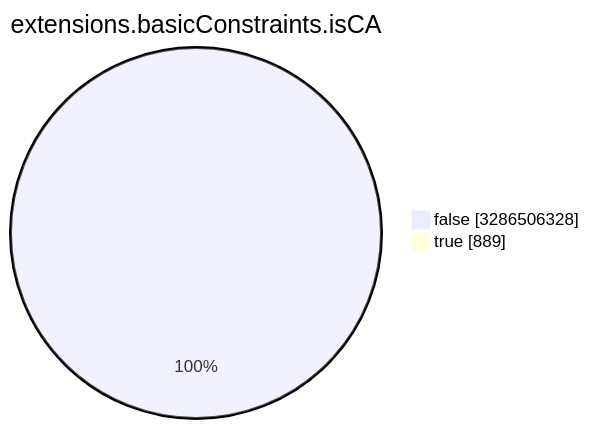
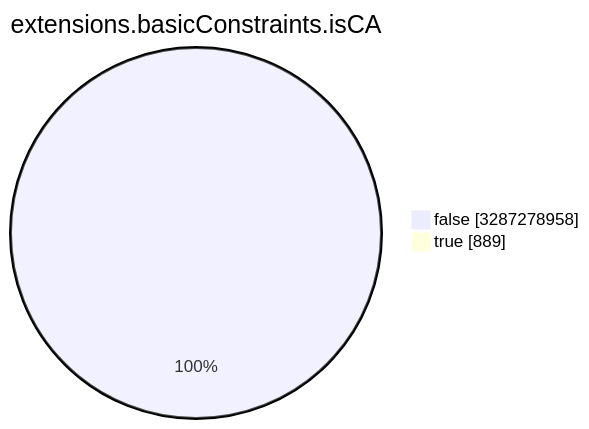
One commit to christiankrug/ctmonitor_visualization changed the seventh of 15 diagrams in TOTAL/README.md. Above: the diagram before and after it, drawn with Mermaid. The commit also changed other lines of this file, not shown here.

````diff
--- a/TOTAL/README.md
+++ b/TOTAL/README.md
@@ -3089,6 +3089,6 @@
 ```mermaid
 pie showData
 title extensions.basicConstraints.isCA
-"false" :3286506328
+"false" :3287278958
 "true" :889
 ```
````
